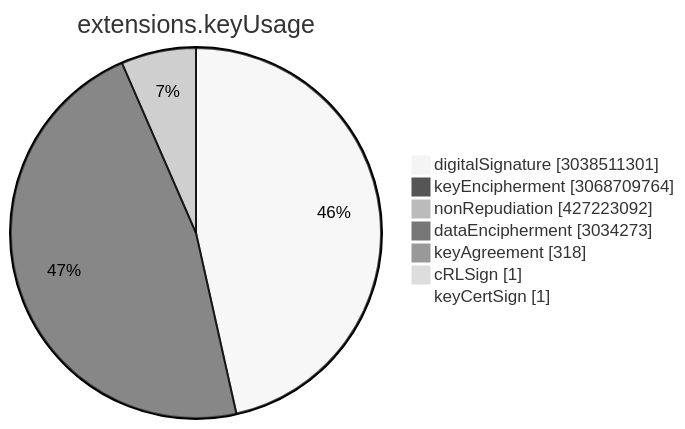
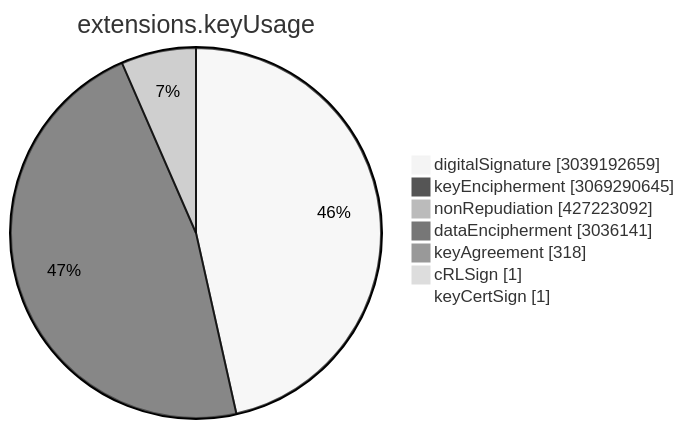
One commit to christiankrug/ctmonitor_visualization changed the sixth of 15 diagrams in TOTAL/README.md. Above: the diagram before and after it, drawn with Mermaid (neutral theme). The commit also changed other lines of this file, not shown here.

````diff
--- a/TOTAL/README.md
+++ b/TOTAL/README.md
@@ -3075,11 +3075,11 @@
 ```mermaid
 pie showData
 title extensions.keyUsage
-"digitalSignature" :3038511301
-"keyEncipherment" :3068709764
+"digitalSignature" :3039192659
+"keyEncipherment" :3069290645
 "nonRepudiation" :427223092
-"dataEncipherment" :3034273
+"dataEncipherment" :3036141
 "keyAgreement" :318
 "cRLSign" :1
 "keyCertSign" :1
 ```
````
